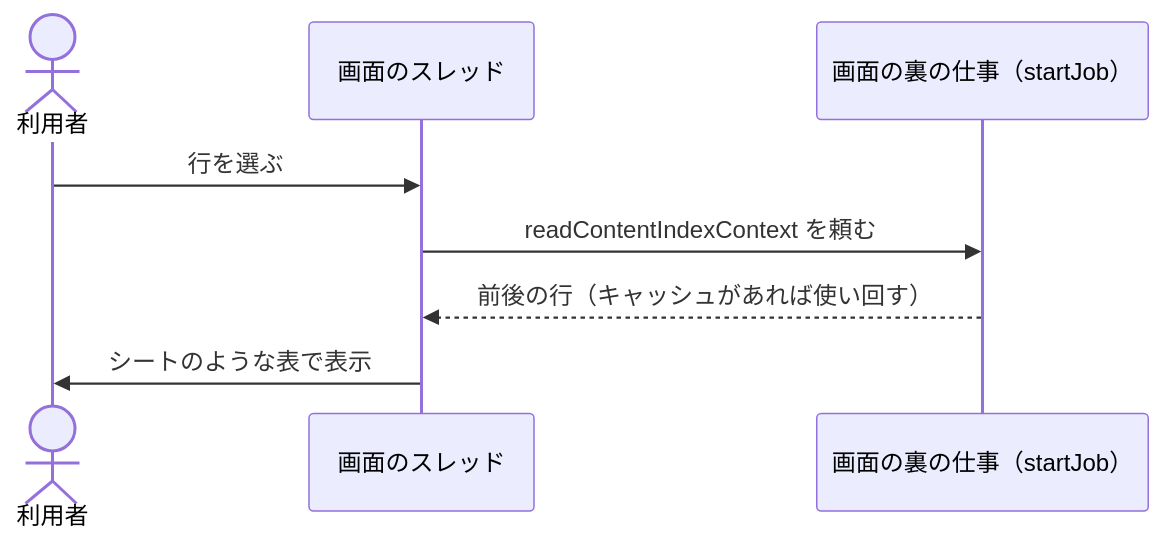
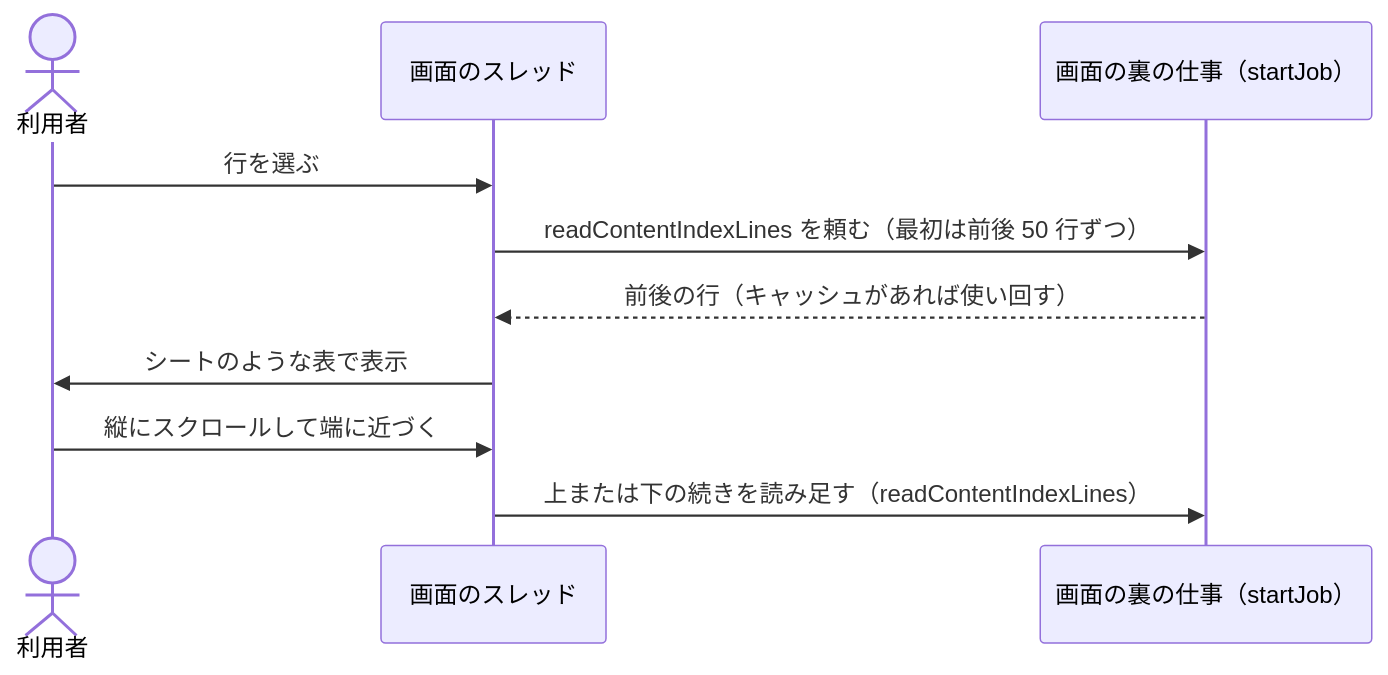
One commit to hsgwa/tebunko changed the first of 2 diagrams in docs/design/gui/preview.md. Above: the diagram before and after it, drawn with Mermaid. The commit also changed other lines of this file and 11 other files, not shown here.

````diff
--- a/docs/design/gui/preview.md
+++ b/docs/design/gui/preview.md
@@ -7,11 +7,13 @@
 ```mermaid
 sequenceDiagram
     actor U as 利用者
     participant G as 画面のスレッド
     participant B as 画面の裏の仕事（startJob）
 
     U->>G: 行を選ぶ
-    G->>B: readContentIndexContext を頼む
+    G->>B: readContentIndexLines を頼む（最初は前後 50 行ずつ）
     B-->>G: 前後の行（キャッシュがあれば使い回す）
     G->>U: シートのような表で表示
+    U->>G: 縦にスクロールして端に近づく
+    G->>B: 上または下の続きを読み足す（readContentIndexLines）
 ```
````
